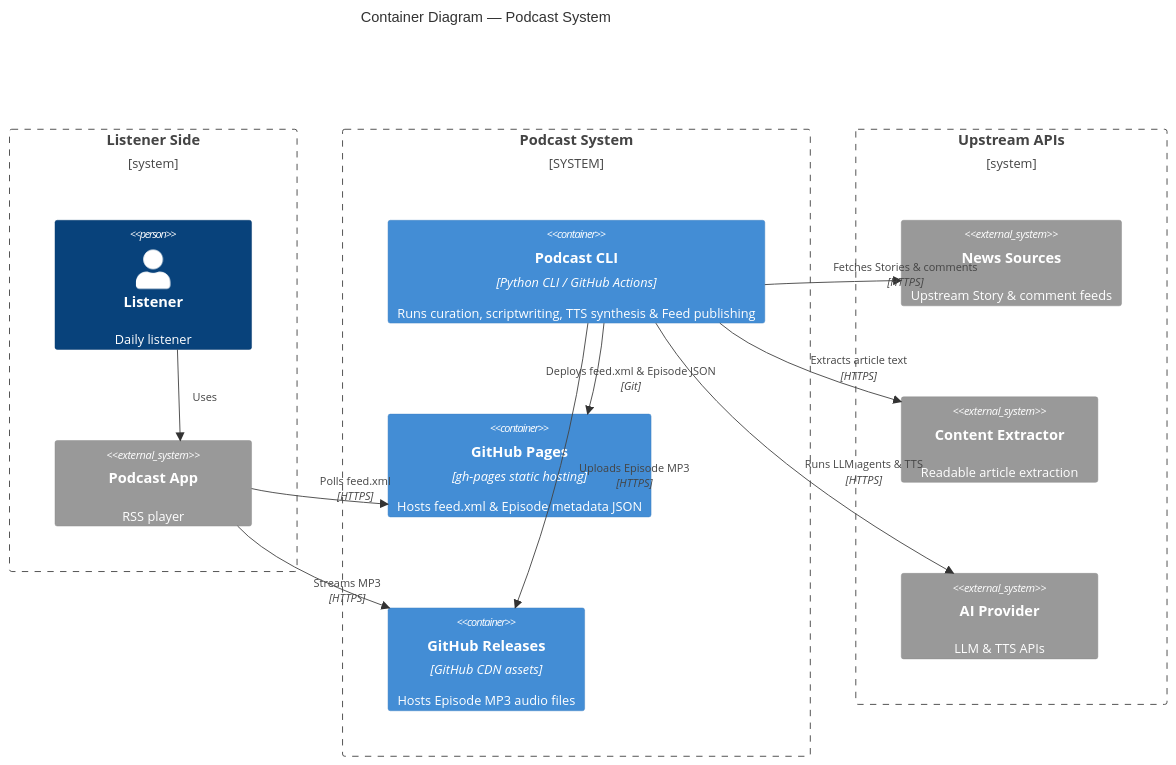
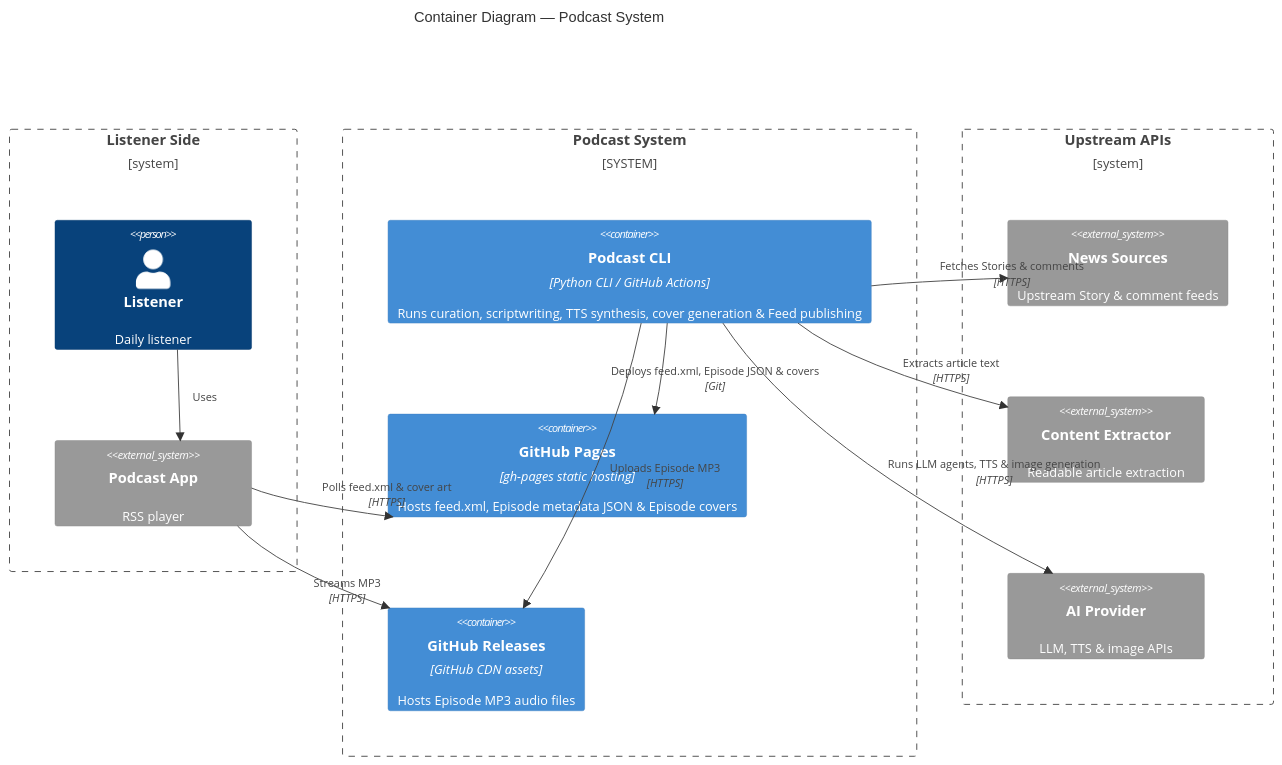
One commit to matheusccouto/podcast changed the diagram in docs/architecture/podcast-system/container.mmd. Above: the diagram before and after it, drawn with Mermaid. The commit also changed 13 other files, not shown here.

First line of the commit message:
feat(cover): generate per-Episode artwork via OpenRouter

```diff
--- a/docs/architecture/podcast-system/container.mmd
+++ b/docs/architecture/podcast-system/container.mmd
@@ -1,39 +1,39 @@
 C4Container
     title Container Diagram — Podcast System
 
     Boundary(consumers, "Listener Side") {
         Person(listener, "Listener", "Daily listener")
         System_Ext(player, "Podcast App", "RSS player")
     }
 
     System_Boundary(podcast, "Podcast System") {
-        Container(cli, "Podcast CLI", "Python CLI / GitHub Actions", "Runs curation, scriptwriting, TTS synthesis & Feed publishing")
-        Container(pages, "GitHub Pages", "gh-pages static hosting", "Hosts feed.xml & Episode metadata JSON")
+        Container(cli, "Podcast CLI", "Python CLI / GitHub Actions", "Runs curation, scriptwriting, TTS synthesis, cover generation & Feed publishing")
+        Container(pages, "GitHub Pages", "gh-pages static hosting", "Hosts feed.xml, Episode metadata JSON & Episode covers")
         Container(releases, "GitHub Releases", "GitHub CDN assets", "Hosts Episode MP3 audio files")
     }
 
     Boundary(providers, "Upstream APIs") {
         System_Ext(sources, "News Sources", "Upstream Story & comment feeds")
         System_Ext(extractor, "Content Extractor", "Readable article extraction")
-        System_Ext(ai, "AI Provider", "LLM & TTS APIs")
+        System_Ext(ai, "AI Provider", "LLM, TTS & image APIs")
     }
 
     Rel(listener, player, "Uses")
-    Rel(player, pages, "Polls feed.xml", "HTTPS")
+    Rel(player, pages, "Polls feed.xml & cover art", "HTTPS")
     Rel(player, releases, "Streams MP3", "HTTPS")
 
-    Rel(cli, pages, "Deploys feed.xml & Episode JSON", "Git")
+    Rel(cli, pages, "Deploys feed.xml, Episode JSON & covers", "Git")
     Rel(cli, releases, "Uploads Episode MP3", "HTTPS")
     Rel(cli, sources, "Fetches Stories & comments", "HTTPS")
     Rel(cli, extractor, "Extracts article text", "HTTPS")
-    Rel(cli, ai, "Runs LLM agents & TTS", "HTTPS")
+    Rel(cli, ai, "Runs LLM agents, TTS & image generation", "HTTPS")
 
     UpdateRelStyle(listener, player, $offsetX="15")
     UpdateRelStyle(player, pages, $offsetY="-20")
     UpdateRelStyle(player, releases, $offsetY="15")
     UpdateRelStyle(cli, pages, $offsetX="-55")
     UpdateRelStyle(cli, releases, $offsetX="30")
     UpdateRelStyle(cli, sources, $offsetY="-20")
     UpdateRelStyle(cli, extractor, $offsetY="-5")
     UpdateRelStyle(cli, ai, $offsetY="15")
     UpdateLayoutConfig($c4ShapeInRow="1", $c4BoundaryInRow="3")
```
